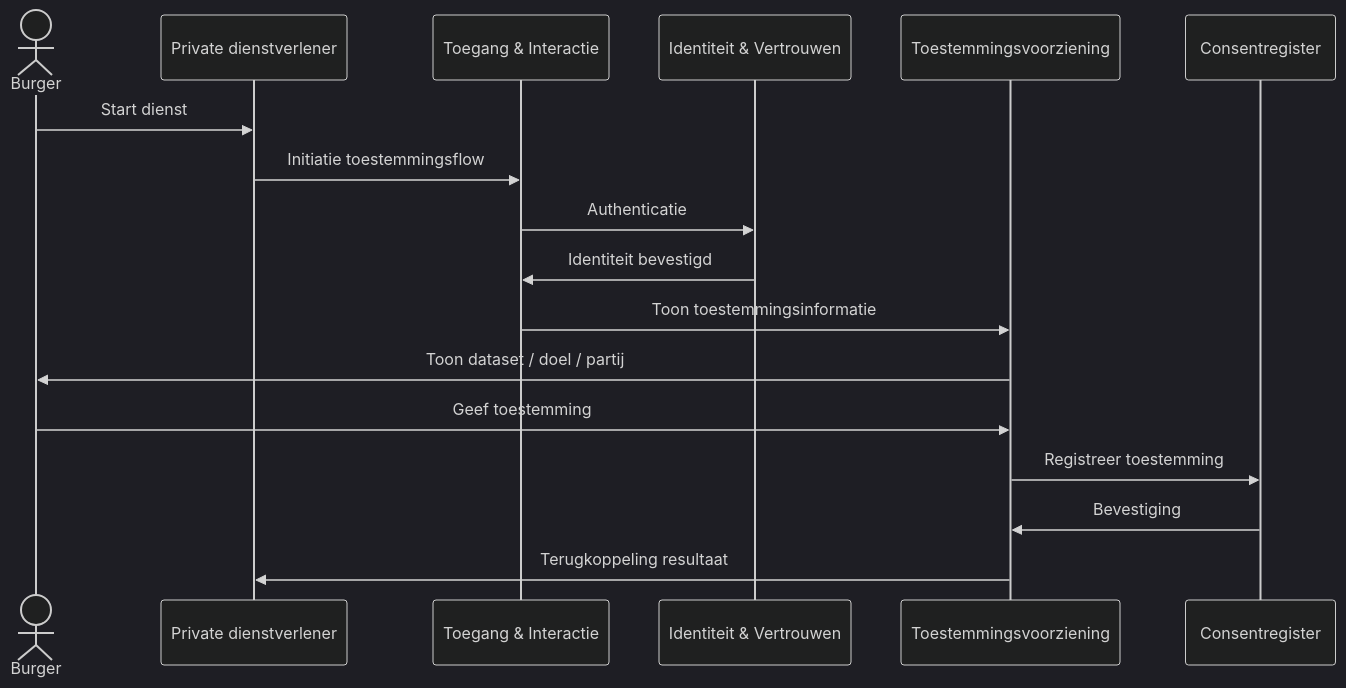
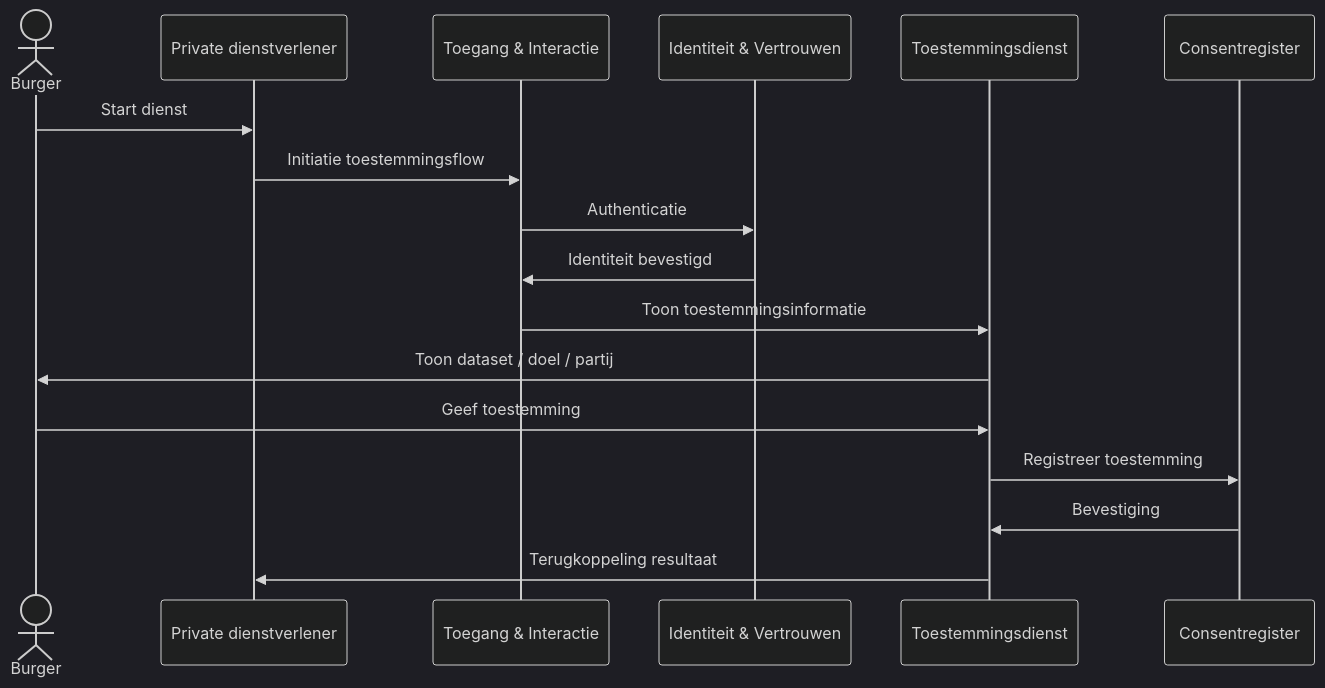
One commit to Govert-Claus/GBO-DvTP changed the diagram in docs/diagrammen/interactiepatroon-toestemming-geven.mmd. Above: the diagram before and after it, drawn with Mermaid (dark theme). The commit also changed 7 other files, not shown here.

````diff
--- a/docs/diagrammen/interactiepatroon-toestemming-geven.mmd
+++ b/docs/diagrammen/interactiepatroon-toestemming-geven.mmd
@@ -3,22 +3,22 @@
 ``` mermaid
 
 sequenceDiagram
 actor Burger
 participant PD as Private dienstverlener
 participant TI as Toegang & Interactie
 participant ID as Identiteit & Vertrouwen
-participant CONSENT as Toestemmingsvoorziening
+participant CONSENT as Toestemmingsdienst
 participant REG as Consentregister
 
 Burger ->> PD: Start dienst
 PD ->> TI: Initiatie toestemmingsflow
 TI ->> ID: Authenticatie
 ID ->> TI: Identiteit bevestigd
 TI ->> CONSENT: Toon toestemmingsinformatie
 CONSENT ->> Burger: Toon dataset / doel / partij
 Burger ->> CONSENT: Geef toestemming
 CONSENT ->> REG: Registreer toestemming
 REG ->> CONSENT: Bevestiging
 CONSENT ->> PD: Terugkoppeling resultaat
 
 ```
````
